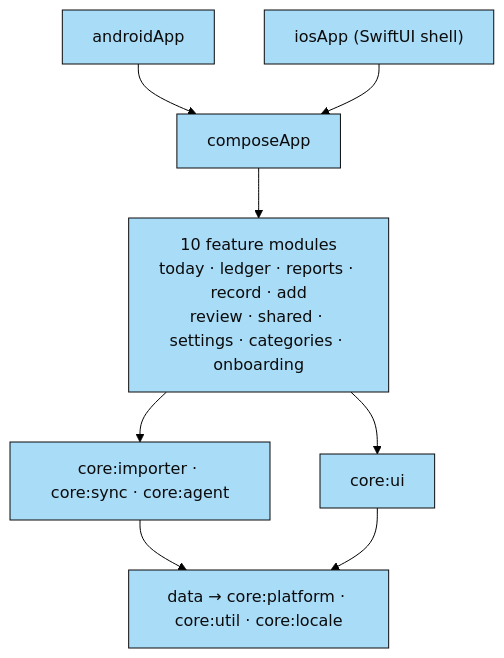
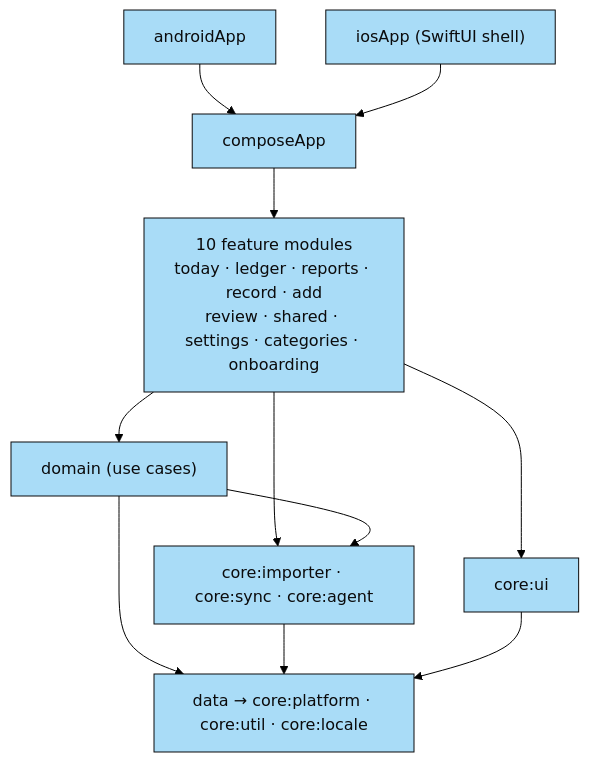
One commit to thawzintoe-ptut/paisen changed the diagram in README.md. Above: the diagram before and after it, drawn with Mermaid (forest theme). The commit also changed 217 other files, not shown here.

Commit message:
refactor: screen logic moves into :domain use cases, first run starts in baht with no picker, Settings keeps one Home currency row and the Add sheet opens on it, and Android Studio sync trusts Gradle and Groovy sources

````diff
--- a/README.md
+++ b/README.md
@@ -86,12 +86,15 @@
 ```mermaid
 graph TD
   androidApp --> composeApp
   iosApp["iosApp (SwiftUI shell)"] --> composeApp
   composeApp --> features["10 feature modules<br/>today · ledger · reports · record · add<br/>review · shared · settings · categories · onboarding"]
-  features --> services["core:importer · core:sync · core:agent"]
+  features --> domain["domain (use cases)"]
+  features --> services
   features --> ui["core:ui"]
+  domain --> services["core:importer · core:sync · core:agent"]
+  domain --> data
   services --> data["data → core:platform · core:util · core:locale"]
   ui --> data
   classDef module fill:#A9DCF7,stroke:#0B0B0C,color:#0B0B0C
-  class androidApp,iosApp,composeApp,features,services,ui,data module
+  class androidApp,iosApp,composeApp,features,domain,services,ui,data module
 ```
````
